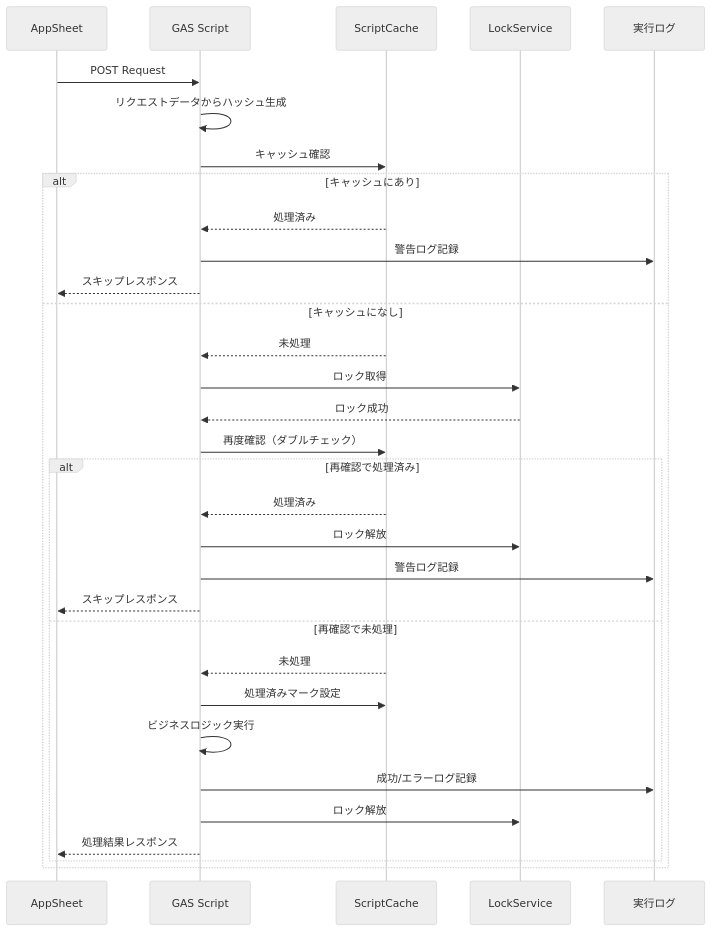
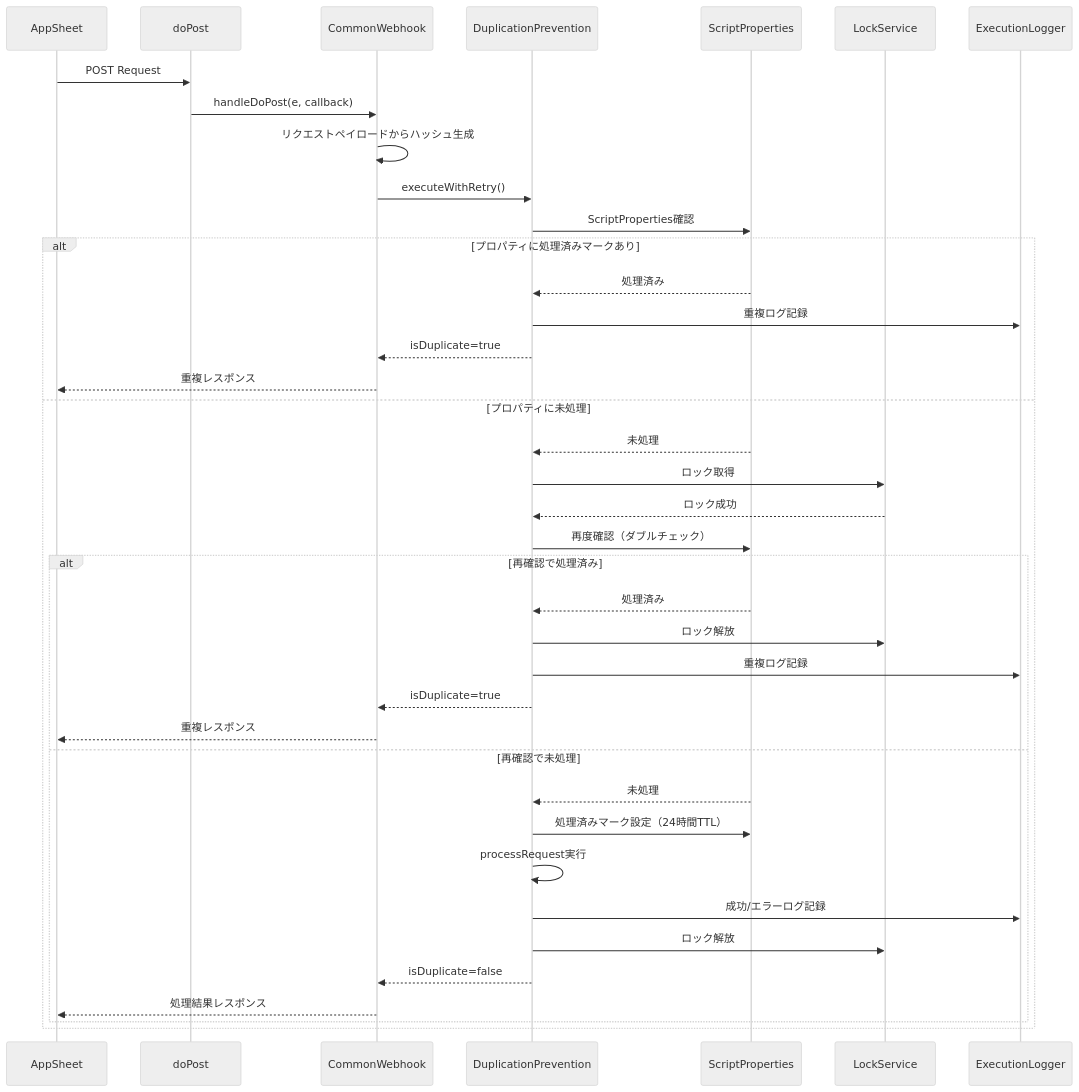
Before and after one commit to tasai-lab/appsheet-gas-automation: the second of 9 diagrams in gas_projects/projects/clients/Appsheet_利用者_反映/FLOW.md, drawn with Mermaid (neutral theme). The commit also changed other lines of this file and 9 other files, not shown here.

````diff
--- a/gas_projects/projects/clients/Appsheet_利用者_反映/FLOW.md
+++ b/gas_projects/projects/clients/Appsheet_利用者_反映/FLOW.md
@@ -31,37 +78,46 @@
 ```mermaid
 sequenceDiagram
     participant AS as AppSheet
-    participant GAS as GAS Script
-    participant Cache as ScriptCache
+    participant GAS as doPost
+    participant CommonWH as CommonWebhook
+    participant DupPrev as DuplicationPrevention
+    participant Props as ScriptProperties
     participant Lock as LockService
-    participant Log as 実行ログ
-    
+    participant Log as ExecutionLogger
+
     AS->>GAS: POST Request
-    GAS->>GAS: リクエストデータからハッシュ生成
-    GAS->>Cache: キャッシュ確認
-    
-    alt キャッシュにあり
-        Cache-->>GAS: 処理済み
-        GAS->>Log: 警告ログ記録
-        GAS-->>AS: スキップレスポンス
-    else キャッシュになし
-        Cache-->>GAS: 未処理
-        GAS->>Lock: ロック取得
-        Lock-->>GAS: ロック成功
-        GAS->>Cache: 再度確認（ダブルチェック）
-        
+    GAS->>CommonWH: handleDoPost(e, callback)
+    CommonWH->>CommonWH: リクエストペイロードからハッシュ生成
+    CommonWH->>DupPrev: executeWithRetry()
+
+    DupPrev->>Props: ScriptProperties確認
+
+    alt プロパティに処理済みマークあり
+        Props-->>DupPrev: 処理済み
+        DupPrev->>Log: 重複ログ記録
+        DupPrev-->>CommonWH: isDuplicate=true
+        CommonWH-->>AS: 重複レスポンス
+    else プロパティに未処理
+        Props-->>DupPrev: 未処理
+        DupPrev->>Lock: ロック取得
+        Lock-->>DupPrev: ロック成功
+
+        DupPrev->>Props: 再度確認（ダブルチェック）
+
         alt 再確認で処理済み
-            Cache-->>GAS: 処理済み
-            GAS->>Lock: ロック解放
-            GAS->>Log: 警告ログ記録
-            GAS-->>AS: スキップレスポンス
+            Props-->>DupPrev: 処理済み
+            DupPrev->>Lock: ロック解放
+            DupPrev->>Log: 重複ログ記録
+            DupPrev-->>CommonWH: isDuplicate=true
+            CommonWH-->>AS: 重複レスポンス
         else 再確認で未処理
-            Cache-->>GAS: 未処理
-            GAS->>Cache: 処理済みマーク設定
-            GAS->>GAS: ビジネスロジック実行
-            GAS->>Log: 成功/エラーログ記録
-            GAS->>Lock: ロック解放
-            GAS-->>AS: 処理結果レスポンス
+            Props-->>DupPrev: 未処理
+            DupPrev->>Props: 処理済みマーク設定（24時間TTL）
+            DupPrev->>DupPrev: processRequest実行
+            DupPrev->>Log: 成功/エラーログ記録
+            DupPrev->>Lock: ロック解放
+            DupPrev-->>CommonWH: isDuplicate=false
+            CommonWH-->>AS: 処理結果レスポンス
         end
     end
 ```
````
